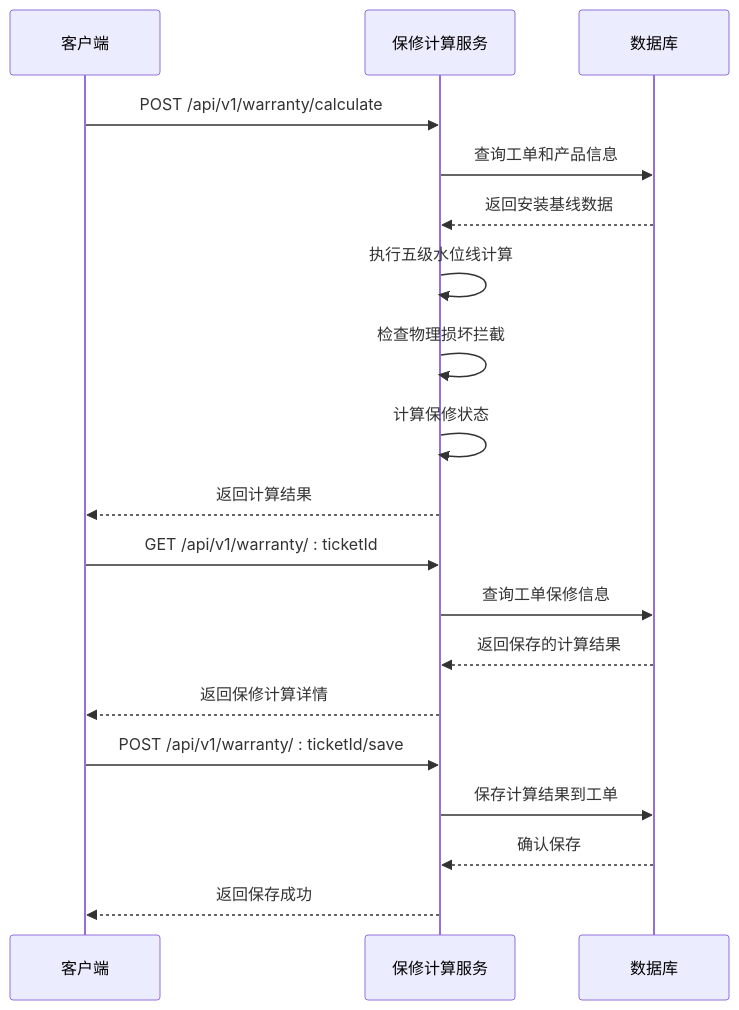
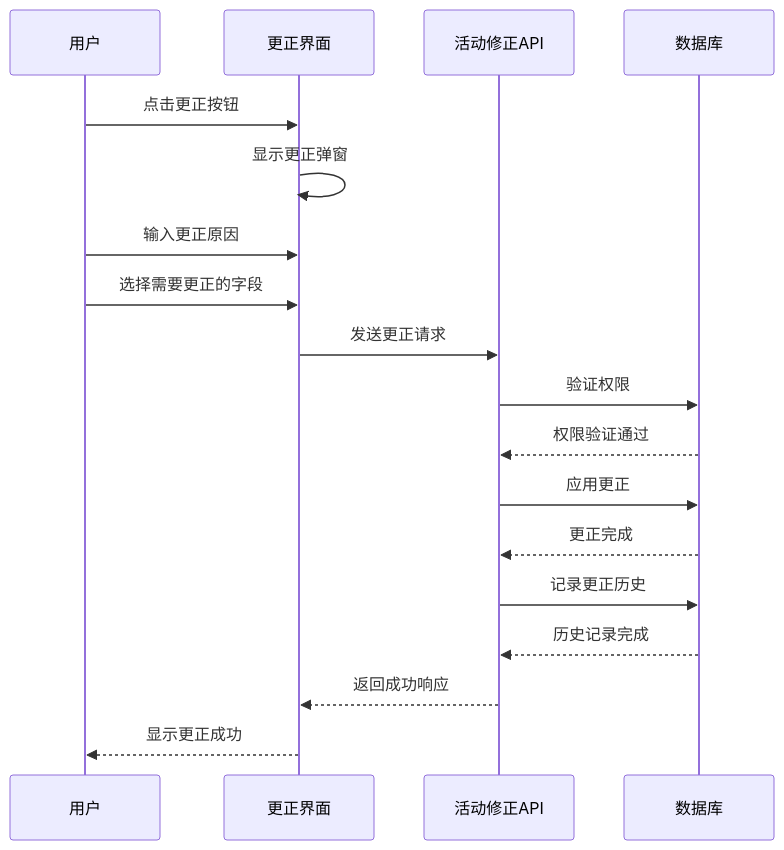
Diagram 16 of 27 in .qoder/repowiki/zh/content/前端组件架构/服务工作流增强/服务工作流增强.md (CubeEdge/Longhorn), drawn with Mermaid before and after one commit. The commit also changed other lines of this file and 26 other files, not shown here.

````diff
--- a/.qoder/repowiki/zh/content/前端组件架构/服务工作流增强/服务工作流增强.md
+++ b/.qoder/repowiki/zh/content/前端组件架构/服务工作流增强/服务工作流增强.md
@@ -905,21 +834,20 @@
 ```mermaid
 sequenceDiagram
-participant C as 客户端
-participant W as 保修计算服务
+participant U as 用户
+participant UI as 更正界面
+participant API as 活动修正API
 participant DB as 数据库
-C->>W : POST /api/v1/warranty/calculate
-W->>DB : 查询工单和产品信息
-DB-->>W : 返回安装基线数据
-W->>W : 执行五级水位线计算
-W->>W : 检查物理损坏拦截
-W->>W : 计算保修状态
-W-->>C : 返回计算结果
-C->>W : GET /api/v1/warranty/ : ticketId
-W->>DB : 查询工单保修信息
-DB-->>W : 返回保存的计算结果
-W-->>C : 返回保修计算详情
-C->>W : POST /api/v1/warranty/ : ticketId/save
-W->>DB : 保存计算结果到工单
-DB-->>W : 确认保存
-W-->>C : 返回保存成功
+U->>UI : 点击更正按钮
+UI->>UI : 显示更正弹窗
+U->>UI : 输入更正原因
+U->>UI : 选择需要更正的字段
+UI->>API : 发送更正请求
+API->>DB : 验证权限
+DB-->>API : 权限验证通过
+API->>DB : 应用更正
+DB-->>API : 更正完成
+API->>DB : 记录更正历史
+DB-->>API : 历史记录完成
+API-->>UI : 返回成功响应
+UI-->>U : 显示更正成功
 ```
````
